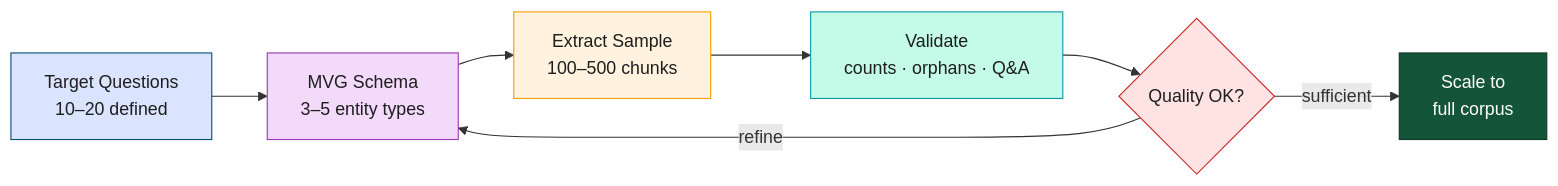
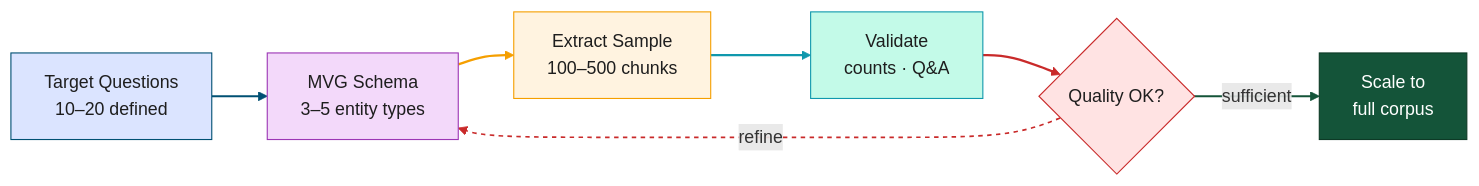
One commit to joy-neo4j/graph-intelligence-agent changed the tenth of 13 diagrams in outputs/Graph_Intelligence_Technical_DeepDive.md. Above: the diagram before and after it, drawn with Mermaid. The commit also changed other lines of this file and 1 other file, not shown here.

````diff
--- a/outputs/Graph_Intelligence_Technical_DeepDive.md
+++ b/outputs/Graph_Intelligence_Technical_DeepDive.md
@@ -678,15 +739,21 @@
 ```mermaid
 flowchart LR
     Q["Target Questions<br/>10–20 defined"] --> S["MVG Schema<br/>3–5 entity types"]
     S --> E["Extract Sample<br/>100–500 chunks"]
-    E --> V["Validate<br/>counts · orphans · Q&A"]
+    E --> V["Validate<br/>counts · Q&A"]
     V --> A{Quality OK?}
-    A -->|refine| S
-    A -->|sufficient| Scale["Scale to<br/>full corpus"]
+    A -->|"refine"| S
+    A -->|"sufficient"| Scale["Scale to<br/>full corpus"]
     style Q fill:#dbe4ff,stroke:#005073,color:#1e1e1e
     style S fill:#f3d9fa,stroke:#9c36b5,color:#1e1e1e
     style E fill:#fff3e0,stroke:#f59f00,color:#1e1e1e
     style V fill:#c3fae8,stroke:#1098ad,color:#1e1e1e
     style A fill:#ffe3e3,stroke:#c92a2a,color:#1e1e1e
     style Scale fill:#145439,stroke:#0d3a26,color:#fff
+    linkStyle 0 stroke:#005073,stroke-width:2px
+    linkStyle 1 stroke:#f59f00,stroke-width:2px
+    linkStyle 2 stroke:#1098ad,stroke-width:2px
+    linkStyle 3 stroke:#c92a2a,stroke-width:2px
+    linkStyle 4 stroke:#c92a2a,stroke-width:1.5px,stroke-dasharray:4
+    linkStyle 5 stroke:#145439,stroke-width:2px
 ```
````
